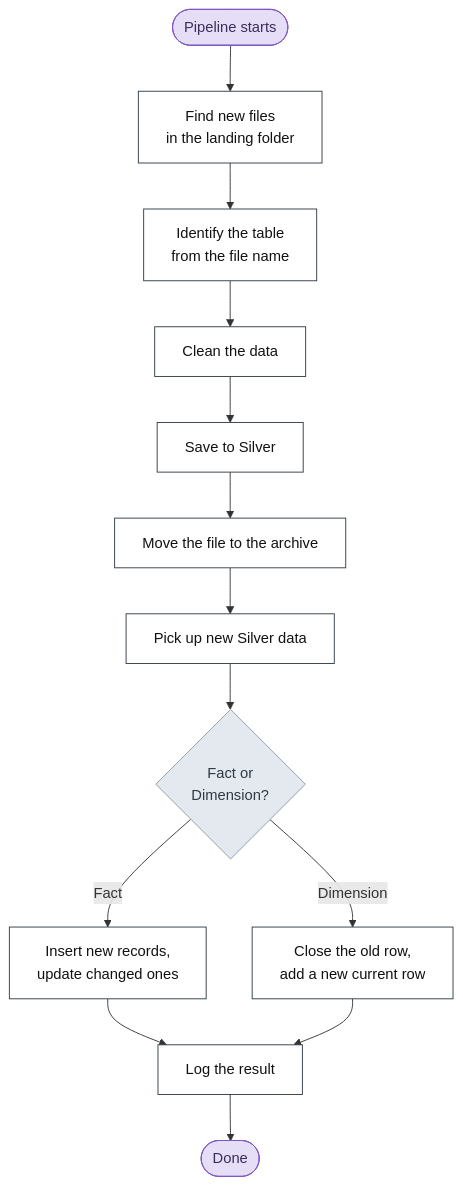
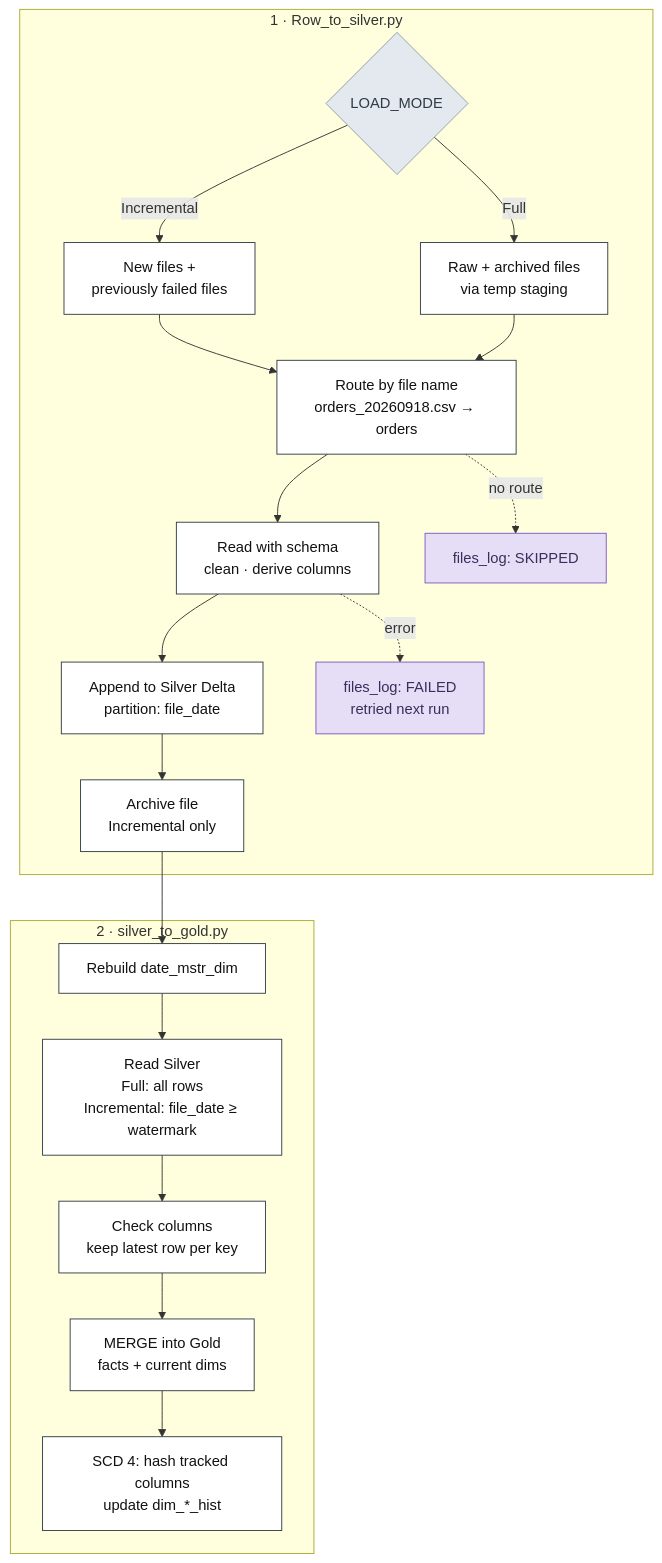
Before and after one commit to ghanshyamhadiya/Supply_chain: the second of 4 diagrams in README.md, drawn with Mermaid. The commit also changed other lines of this file, not shown here.

````diff
--- a/README.md
+++ b/README.md
@@ -62,22 +60,30 @@
 ```mermaid
-flowchart TD
-    S(["Pipeline starts"]) --> F1["Find new files<br/>in the landing folder"]
-    F1 --> F2["Identify the table<br/>from the file name"]
-    F2 --> F3["Clean the data"]
-    F3 --> F4["Save to Silver"]
-    F4 --> F5["Move the file to the archive"]
-    F5 --> G1["Pick up new Silver data"]
-    G1 --> G2{"Fact or<br/>Dimension?"}
-    G2 -->|Fact| G3["Insert new records,<br/>update changed ones"]
-    G2 -->|Dimension| G4["Close the old row,<br/>add a new current row"]
-    G3 --> L["Log the result"]
-    G4 --> L
-    L --> E(["Done"])
+flowchart TB
+    subgraph J1["1 · Row_to_silver.py"]
+        M{"LOAD_MODE"} -->|"Incremental"| I["New files +<br/>previously failed files"]
+        M -->|"Full"| F["Raw + archived files<br/>via temp staging"]
+        I --> R["Route by file name<br/>orders_20260918.csv → orders"]
+        F --> R
+        R --> C["Read with schema<br/>clean · derive columns"]
+        C --> W["Append to Silver Delta<br/>partition: file_date"]
+        W --> A["Archive file<br/>Incremental only"]
+        R -.->|"no route"| SK["files_log: SKIPPED"]
+        C -.->|"error"| FL["files_log: FAILED<br/>retried next run"]
+    end
+
+    subgraph J2["2 · silver_to_gold.py"]
+        D["Rebuild date_mstr_dim"] --> RS["Read Silver<br/>Full: all rows<br/>Incremental: file_date ≥ watermark"]
+        RS --> V["Check columns<br/>keep latest row per key"]
+        V --> MG["MERGE into Gold<br/>facts + current dims"]
+        MG --> H["SCD 4: hash tracked columns<br/>update dim_*_hist"]
+    end
+
+    A --> D
 
     classDef step fill:#FFFFFF,stroke:#2F3A44,color:#111111
     classDef dec fill:#E3E9EF,stroke:#8E9BA6,color:#2F3A44
-    classDef term fill:#E6DDF7,stroke:#7E57C2,color:#3B2E5A
-    class F1,F2,F3,F4,F5,G1,G3,G4,L step
-    class G2 dec
-    class S,E term
+    classDef log fill:#E6DDF7,stroke:#7E57C2,color:#3B2E5A
+    class I,F,R,C,W,A,D,RS,V,MG,H step
+    class M dec
+    class SK,FL log
 ```
````
